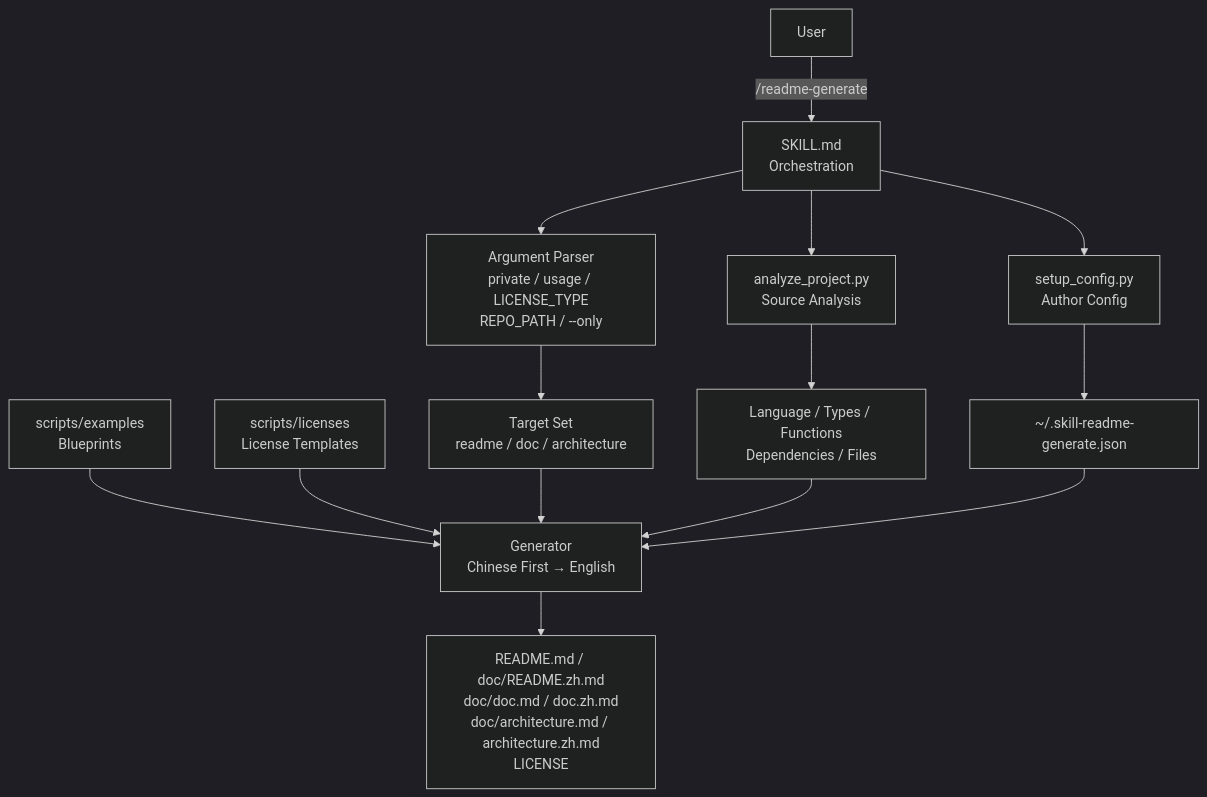
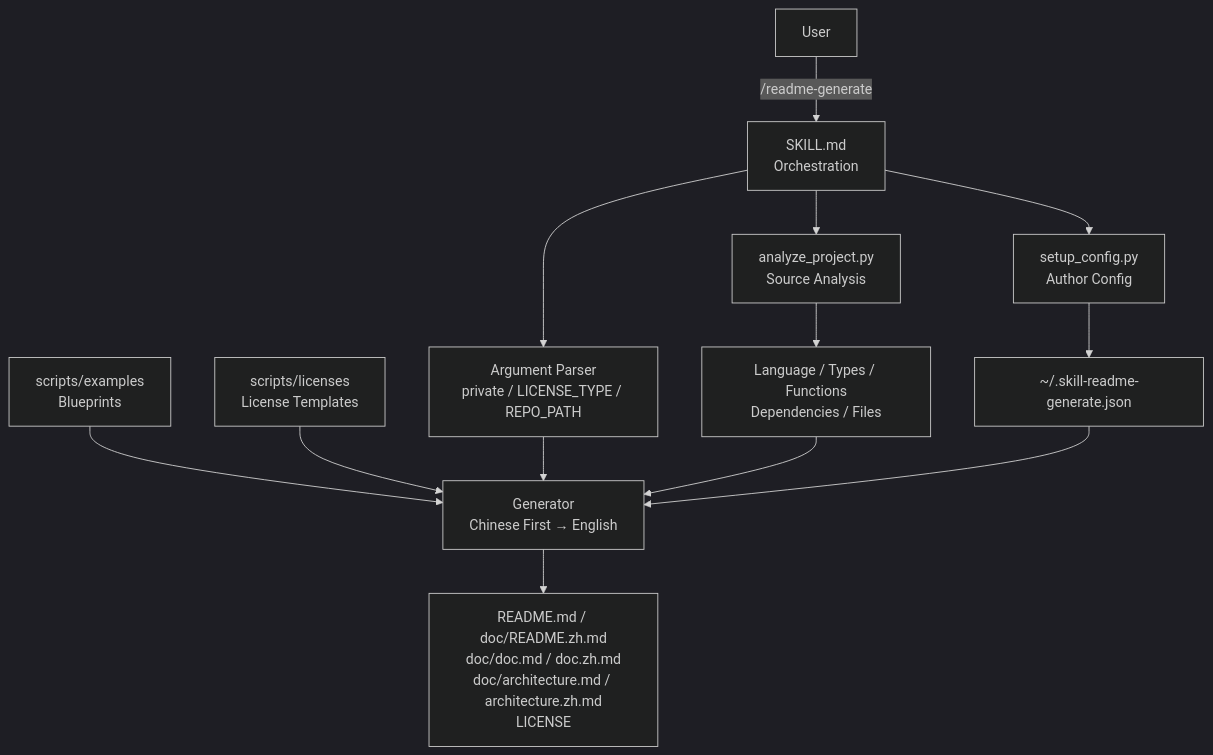
Before and after one commit to agenvoy/skill-readme-generate: the first of 7 diagrams in doc/architecture.md, drawn with Mermaid (dark theme). The commit also changed other lines of this file and 6 other files, not shown here.

````diff
--- a/doc/architecture.md
+++ b/doc/architecture.md
@@ -7,16 +7,15 @@
 ```mermaid
 graph TB
     User[User] -->|/readme-generate| SKILL[SKILL.md<br/>Orchestration]
-    SKILL --> Parser[Argument Parser<br/>private / usage / LICENSE_TYPE<br/>REPO_PATH / --only]
+    SKILL --> Parser[Argument Parser<br/>private / LICENSE_TYPE / REPO_PATH]
     SKILL --> Config[setup_config.py<br/>Author Config]
     SKILL --> Analyze[analyze_project.py<br/>Source Analysis]
     Config --> JSON[~/.skill-readme-generate.json]
-    Parser --> Target[Target Set<br/>readme / doc / architecture]
     Analyze --> Data[Language / Types / Functions<br/>Dependencies / Files]
     Examples[scripts/examples<br/>Blueprints] --> Generator
     Licenses[scripts/licenses<br/>License Templates] --> Generator
-    Target --> Generator[Generator<br/>Chinese First → English]
+    Parser --> Generator[Generator<br/>Chinese First → English]
     Data --> Generator
     JSON --> Generator
     Generator --> Output[README.md / doc/README.zh.md<br/>doc/doc.md / doc.zh.md<br/>doc/architecture.md / architecture.zh.md<br/>LICENSE]
 ```
````
